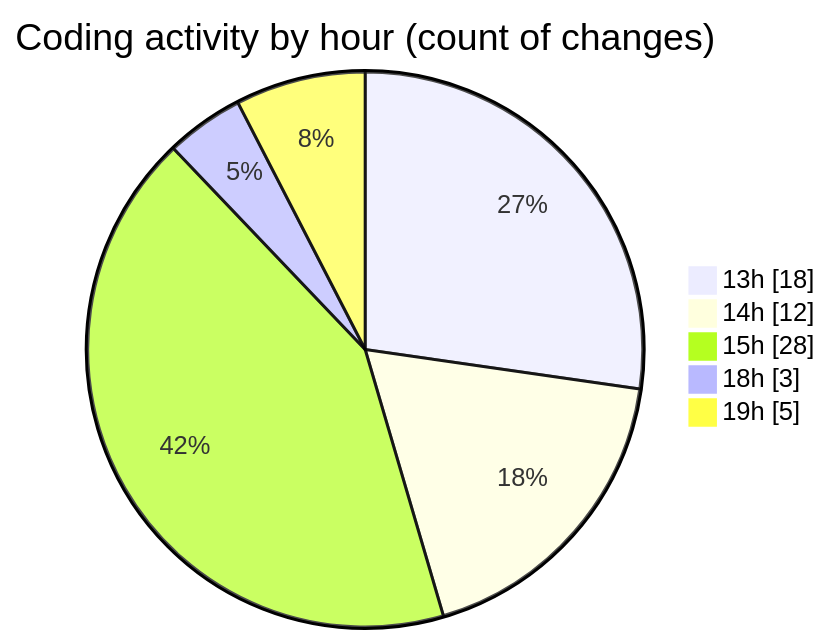
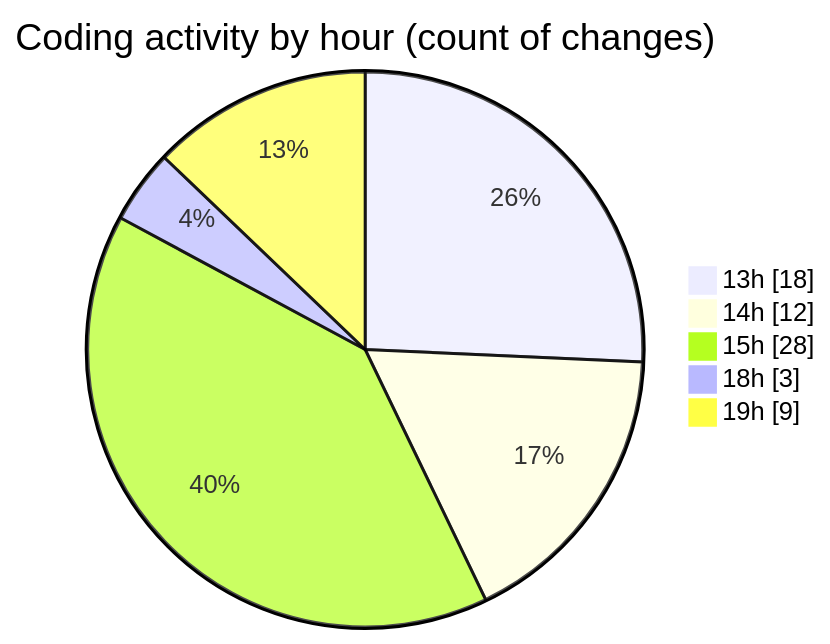
Before and after one commit to idhammustaqopulfikri/code-tracking: the second of 2 diagrams in 2025-06-16/studio-backend/README.md, drawn with Mermaid. The commit also changed other lines of this file and 1 other file, not shown here.

````diff
--- a/2025-06-16/studio-backend/README.md
+++ b/2025-06-16/studio-backend/README.md
@@ -42,9 +43,9 @@
 ```mermaid
 pie showData
 title Coding activity by hour (count of changes)
 "13h" : 18
 "14h" : 12
 "15h" : 28
 "18h" : 3
-"19h" : 5
+"19h" : 9
 ```
````
